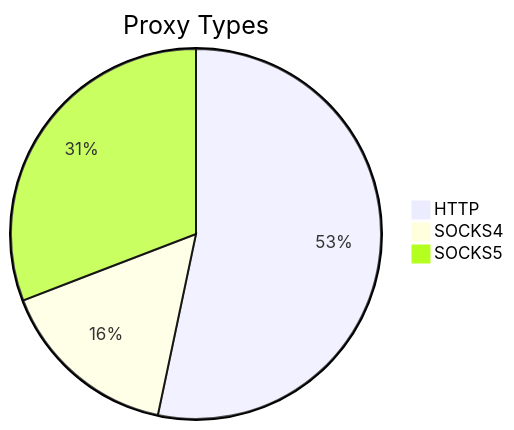
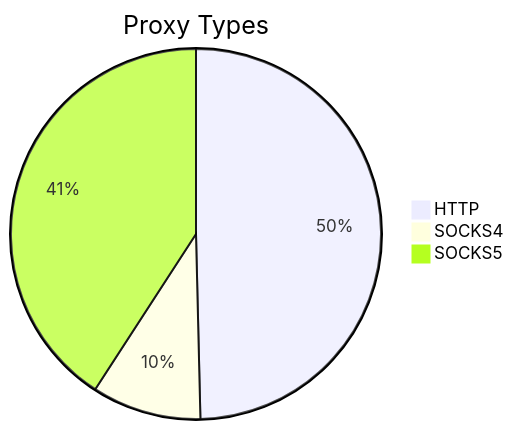
One commit to stormsia/proxy-list changed the first of 2 diagrams in README.md. Above: the diagram before and after it, drawn with Mermaid. The commit also changed other lines of this file, not shown here.

````diff
--- a/README.md
+++ b/README.md
@@ -21,6 +21,6 @@
 ```mermaid
 pie title Proxy Types
-    "HTTP" : 121
-    "SOCKS4" : 36
-    "SOCKS5" : 70
+    "HTTP" : 130
+    "SOCKS4" : 25
+    "SOCKS5" : 107
 ```
````
